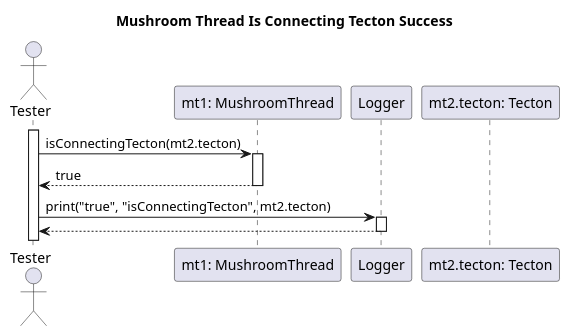
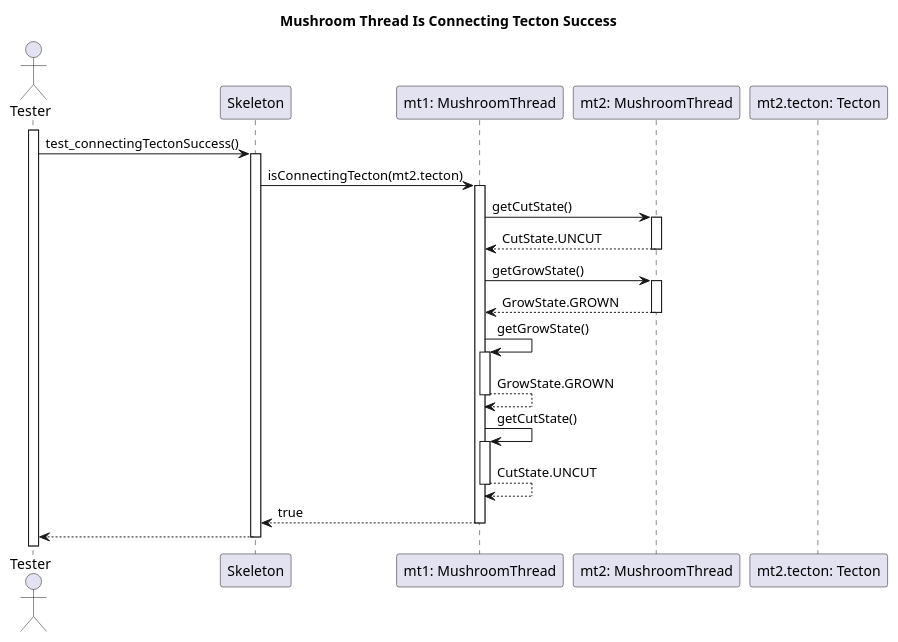
Before and after one commit to dzsem/projlab: the diagram in diagrams/test-sequence/mushroom/connectingTectonSucces.wsd, drawn with PlantUML.

Commit message:
Fixed connectingTectonSuccess

```diff
--- a/diagrams/test-sequence/mushroom/connectingTectonSucces.wsd
+++ b/diagrams/test-sequence/mushroom/connectingTectonSucces.wsd
@@ -1,22 +1,48 @@
 @startuml Mushroom Thread Is Traversible Success
 
 title Mushroom Thread Is Connecting Tecton Success
 
 actor "Tester" as tester
+participant "Skeleton" as skeleton
 
 participant "mt1: MushroomThread" as mt1
-participant "Logger" as logger
+participant "mt2: MushroomThread" as mt2
+
 participant "mt2.tecton: Tecton" as t2
 
 activate tester
-tester -> mt1: isConnectingTecton(mt2.tecton)
+
+tester -> skeleton: test_connectingTectonSuccess()
+activate skeleton
+
+skeleton -> mt1: isConnectingTecton(mt2.tecton)
 activate mt1
-mt1 --> tester: true
+
+mt1 -> mt2: getCutState()
+activate mt2
+mt2 --> mt1: CutState.UNCUT
+deactivate mt2
+
+mt1 -> mt2: getGrowState()
+activate mt2
+mt2 --> mt1: GrowState.GROWN
+deactivate mt2
+
+mt1 -> mt1: getGrowState()
+activate mt1
+mt1 --> mt1: GrowState.GROWN
 deactivate mt1
 
-tester -> logger: print("true", "isConnectingTecton", mt2.tecton)
-activate logger
-logger --> tester
-deactivate logger
+
+mt1 -> mt1: getCutState()
+activate mt1
+mt1 --> mt1: CutState.UNCUT
+deactivate mt1
+
+mt1 --> skeleton: true
+deactivate mt1
+
+skeleton --> tester
+deactivate skeleton
 
 @enduml
```
